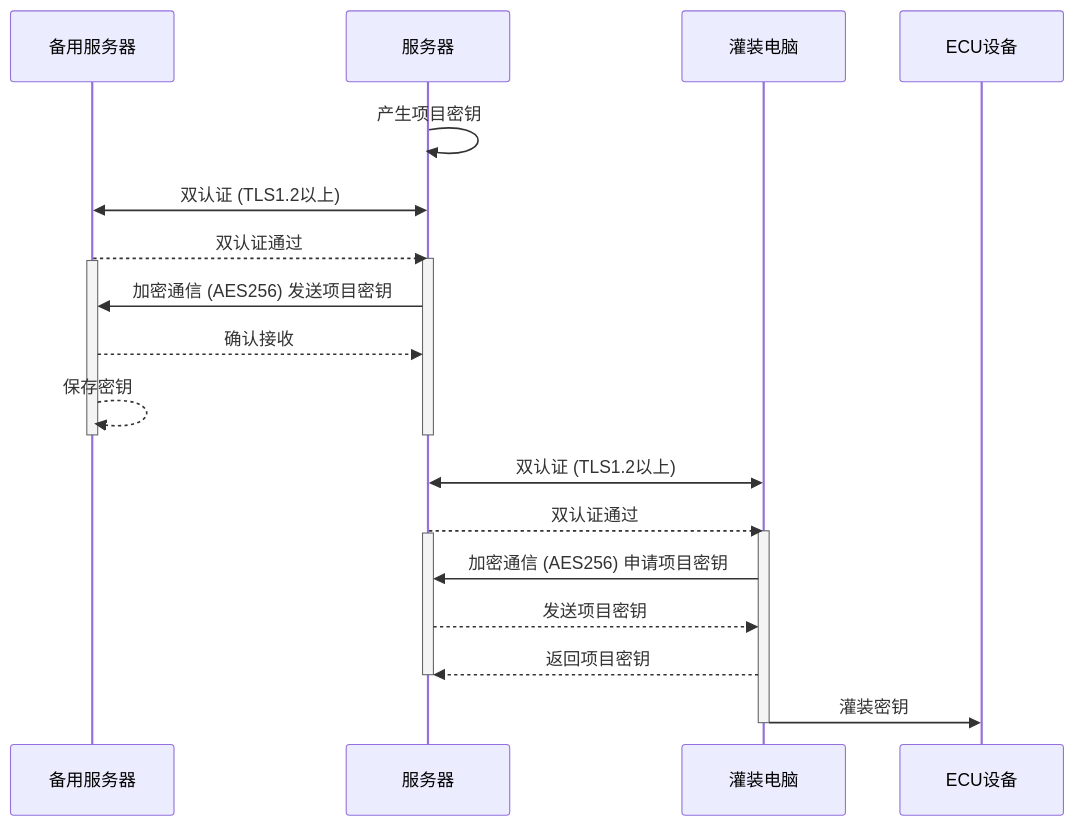
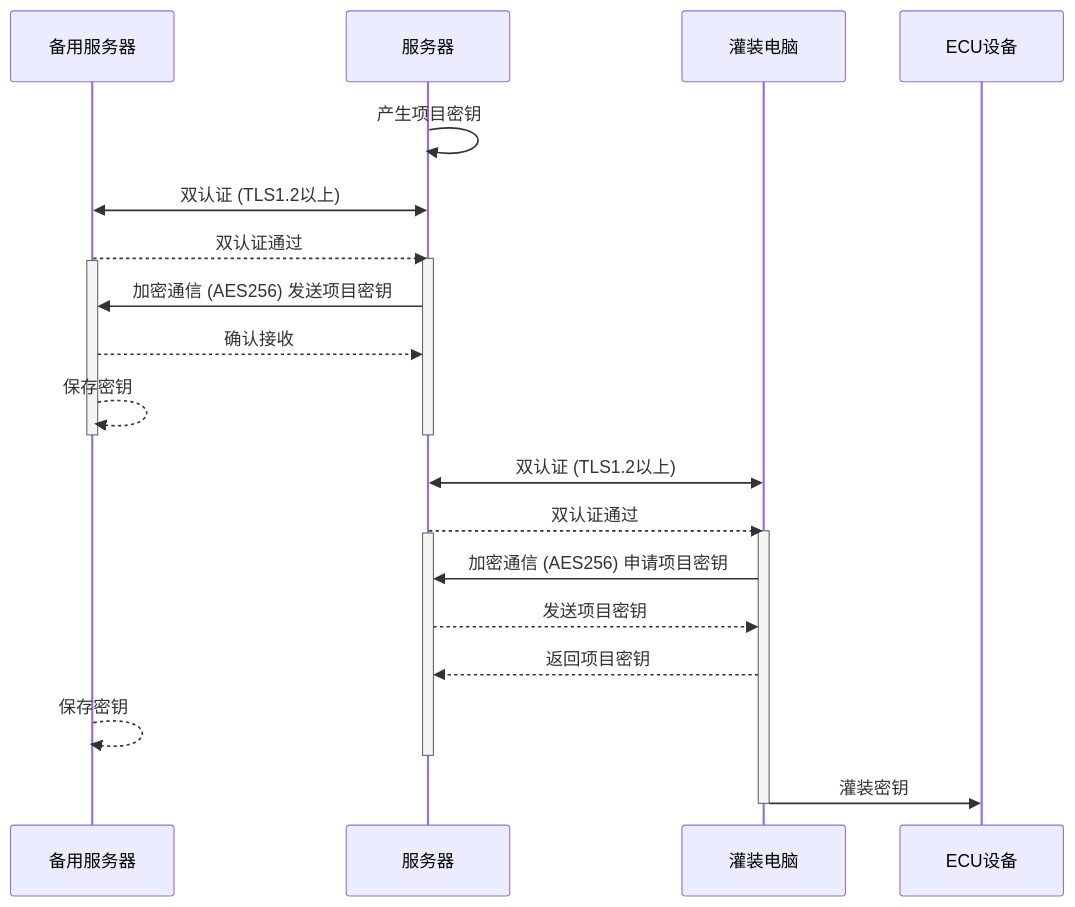
One commit to facebook-cloud/iodraw-files changed the diagram in all/未命名-10.md. Above: the diagram before and after it, drawn with Mermaid.

Commit message:
2026-01-15 11:00:10 update

````diff
--- a/all/未命名-10.md
+++ b/all/未命名-10.md
@@ -1,30 +1,31 @@
 ```mermaid
 sequenceDiagram
     participant B as 备用服务器
     participant A as 服务器
     participant C as 灌装电脑
     participant D as ECU设备
 
     A->>A: 产生项目密钥
     A<<->>B: 双认证 (TLS1.2以上)
     B-->>A: 双认证通过
     activate A
     activate B
     A->>B: 加密通信 (AES256) 发送项目密钥
     B-->>A: 确认接收
     B-->>B: 保存密钥
     deactivate B
     deactivate A
 
     C<<->>A: 双认证 (TLS1.2以上)
     A-->>C: 双认证通过
     activate C
     activate A
     C->>A: 加密通信 (AES256) 申请项目密钥
     A-->>C: 发送项目密钥
     C-->>A: 返回项目密钥
+    B-->>B: 保存密钥
     deactivate A
     C->>D: 灌装密钥
     deactivate C
 
 ```
````
